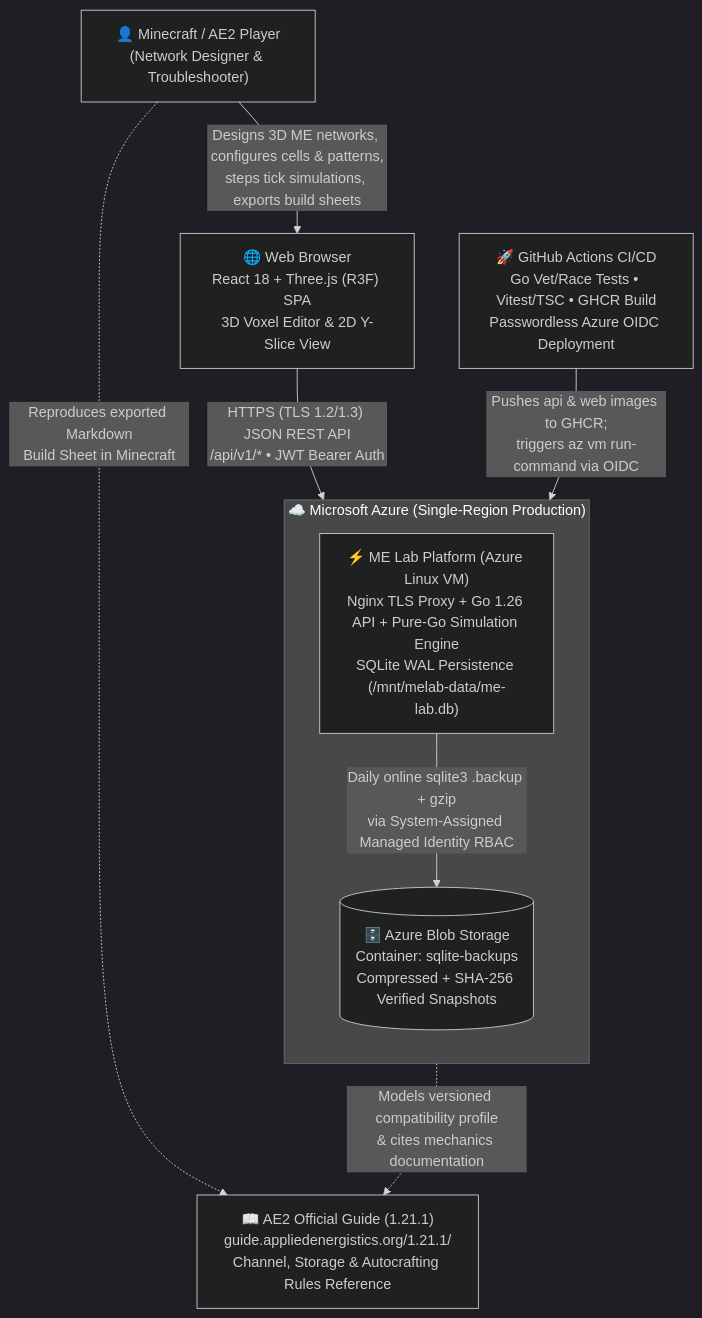
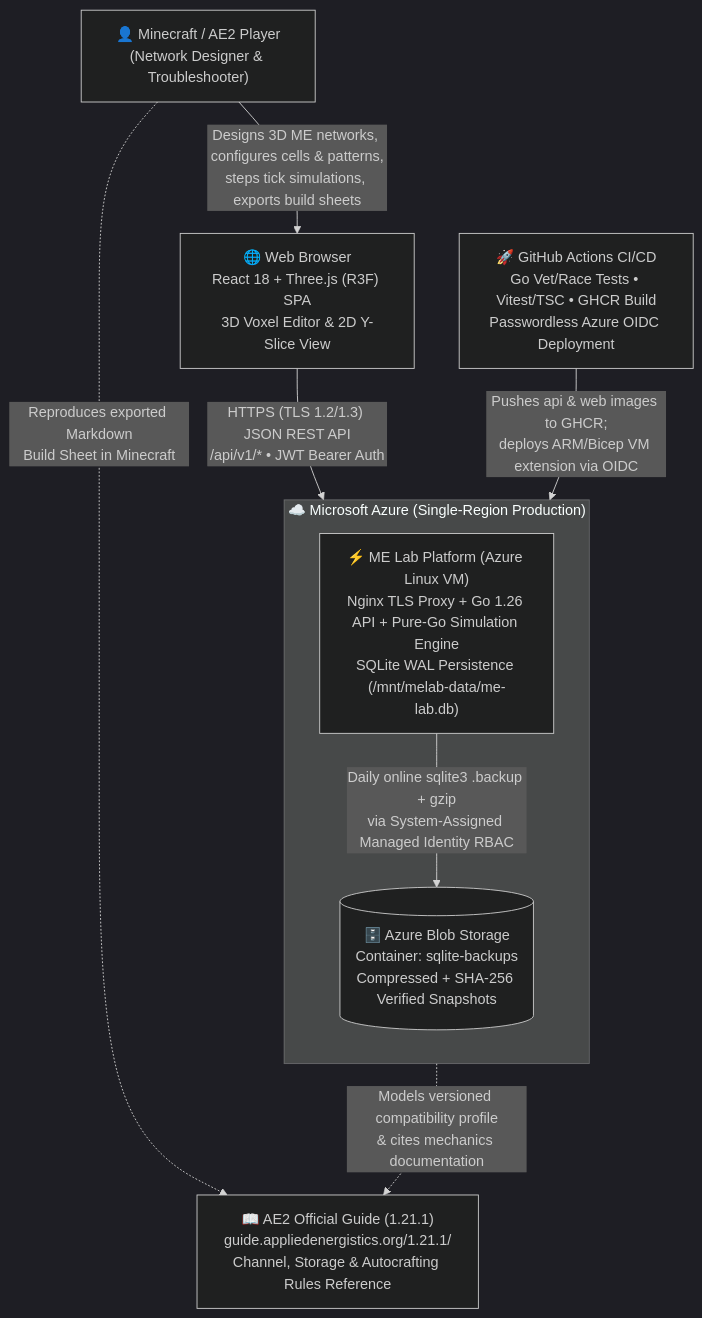
One commit to felipinhobgtom/me-lab changed the diagram in docs/diagrams/01-system-context.mmd. Above: the diagram before and after it, drawn with Mermaid (dark theme). The commit also changed 6 other files, not shown here.

Commit message:
ci: deploy Azure releases through ARM Bicep

```diff
--- a/docs/diagrams/01-system-context.mmd
+++ b/docs/diagrams/01-system-context.mmd
@@ -1,19 +1,19 @@
 flowchart TB
     User["👤 Minecraft / AE2 Player<br/>(Network Designer & Troubleshooter)"]
     Browser["🌐 Web Browser<br/>React 18 + Three.js (R3F) SPA<br/>3D Voxel Editor & 2D Y-Slice View"]
 
     subgraph AzureCloud["☁️ Microsoft Azure (Single-Region Production)"]
         direction TB
         MELab["⚡ ME Lab Platform (Azure Linux VM)<br/>Nginx TLS Proxy + Go 1.26 API + Pure-Go Simulation Engine<br/>SQLite WAL Persistence (/mnt/melab-data/me-lab.db)"]
         BlobStorage[("🗄️ Azure Blob Storage<br/>Container: sqlite-backups<br/>Compressed + SHA-256 Verified Snapshots")]
     end
 
     GitHubCI["🚀 GitHub Actions CI/CD<br/>Go Vet/Race Tests • Vitest/TSC • GHCR Build<br/>Passwordless Azure OIDC Deployment"]
     AE2Guide["📖 AE2 Official Guide (1.21.1)<br/>guide.appliedenergistics.org/1.21.1/<br/>Channel, Storage & Autocrafting Rules Reference"]
 
     User -->|"Designs 3D ME networks, configures cells & patterns,<br/>steps tick simulations, exports build sheets"| Browser
     Browser -->|"HTTPS (TLS 1.2/1.3) JSON REST API<br/>/api/v1/* • JWT Bearer Auth"| MELab
-    GitHubCI -->|"Pushes api & web images to GHCR;<br/>triggers az vm run-command via OIDC"| MELab
+    GitHubCI -->|"Pushes api & web images to GHCR;<br/>deploys ARM/Bicep VM extension via OIDC"| MELab
     MELab -->|"Daily online sqlite3 .backup + gzip<br/>via System-Assigned Managed Identity RBAC"| BlobStorage
     MELab -.->|"Models versioned compatibility profile<br/>& cites mechanics documentation"| AE2Guide
     User -.->|"Reproduces exported Markdown<br/>Build Sheet in Minecraft"| AE2Guide
```
